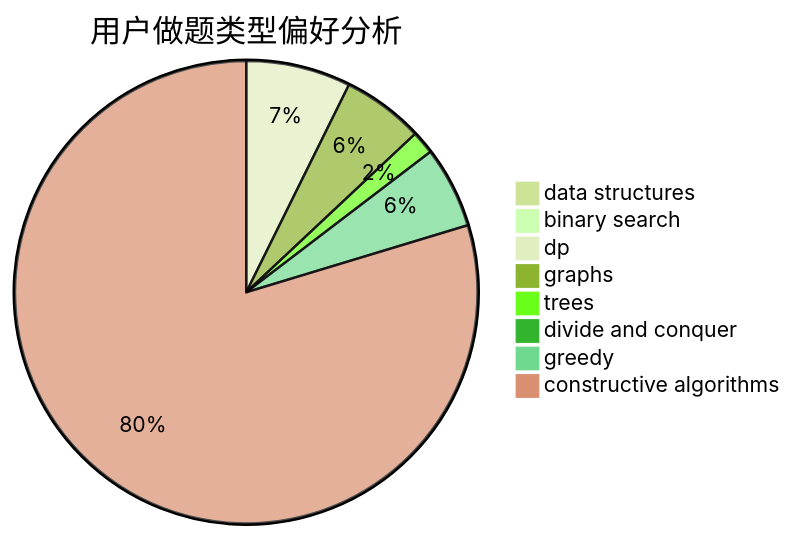
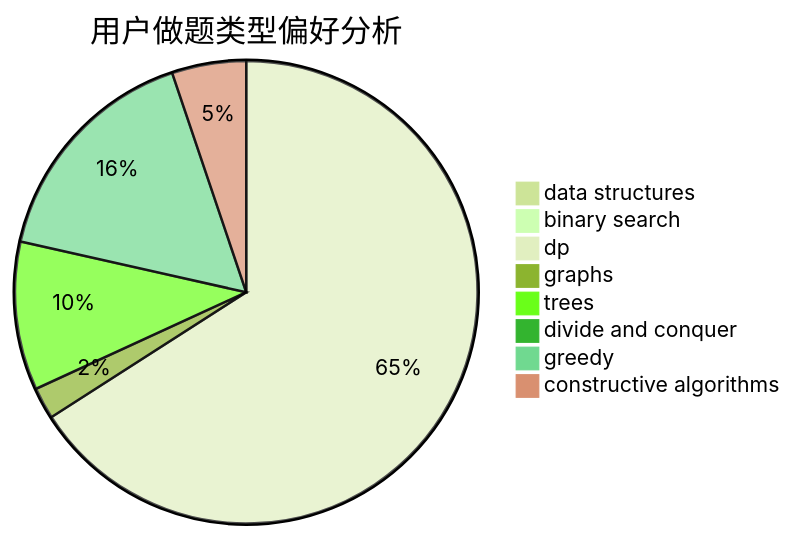
One commit to sherpahu/cfrs.github.io changed the second of 3 diagrams in docs/user/u2681.md. Above: the diagram before and after it, drawn with Mermaid (forest theme). The commit also changed other lines of this file and 2770 other files, not shown here.

````diff
--- a/docs/user/u2681.md
+++ b/docs/user/u2681.md
@@ -23,11 +23,11 @@
 ```mermaid
 pie title 用户做题类型偏好分析
-    "data structures" :  0
+    "data structures" :  1
     "binary search" :  0
-    "dp" :  9
-    "graphs" :  7
-    "trees" :  2
+    "dp" :  89
+    "graphs" :  3
+    "trees" :  14
     "divide and conquer" :  0
-    "greedy" :  7
-    "constructive algorithms" :  98
+    "greedy" :  22
+    "constructive algorithms" :  7
 ```
````
